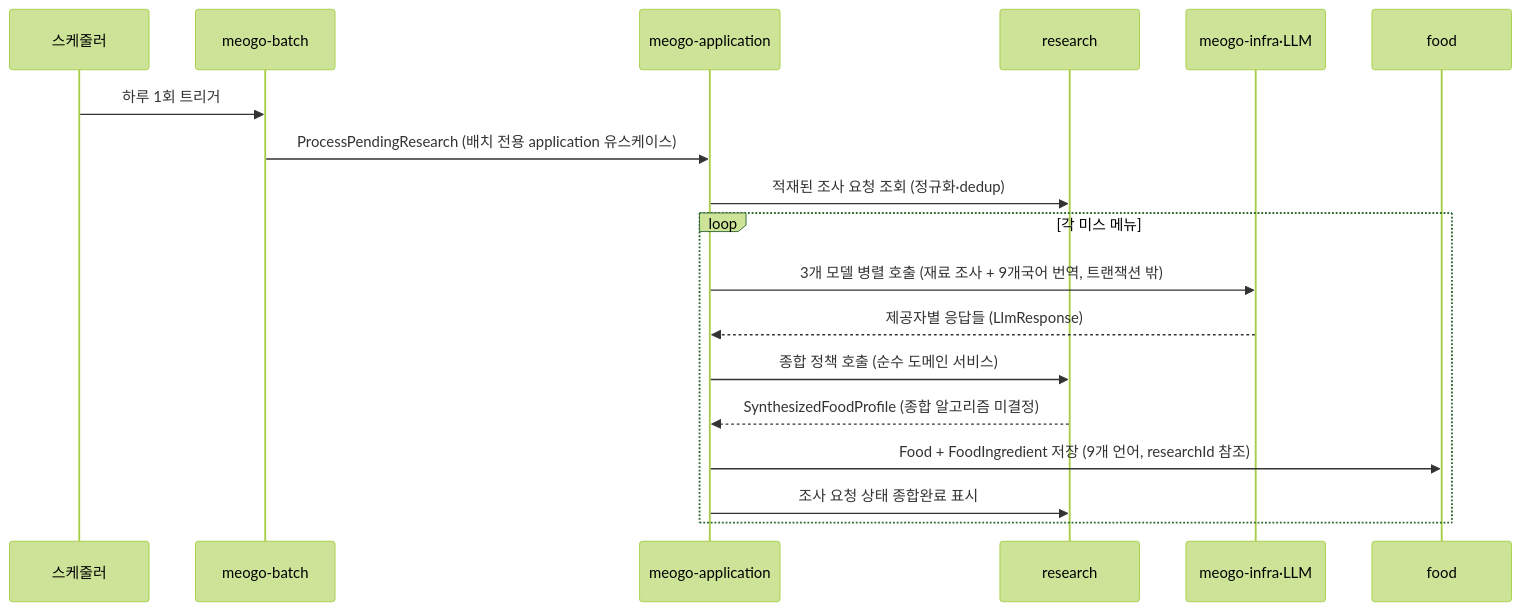
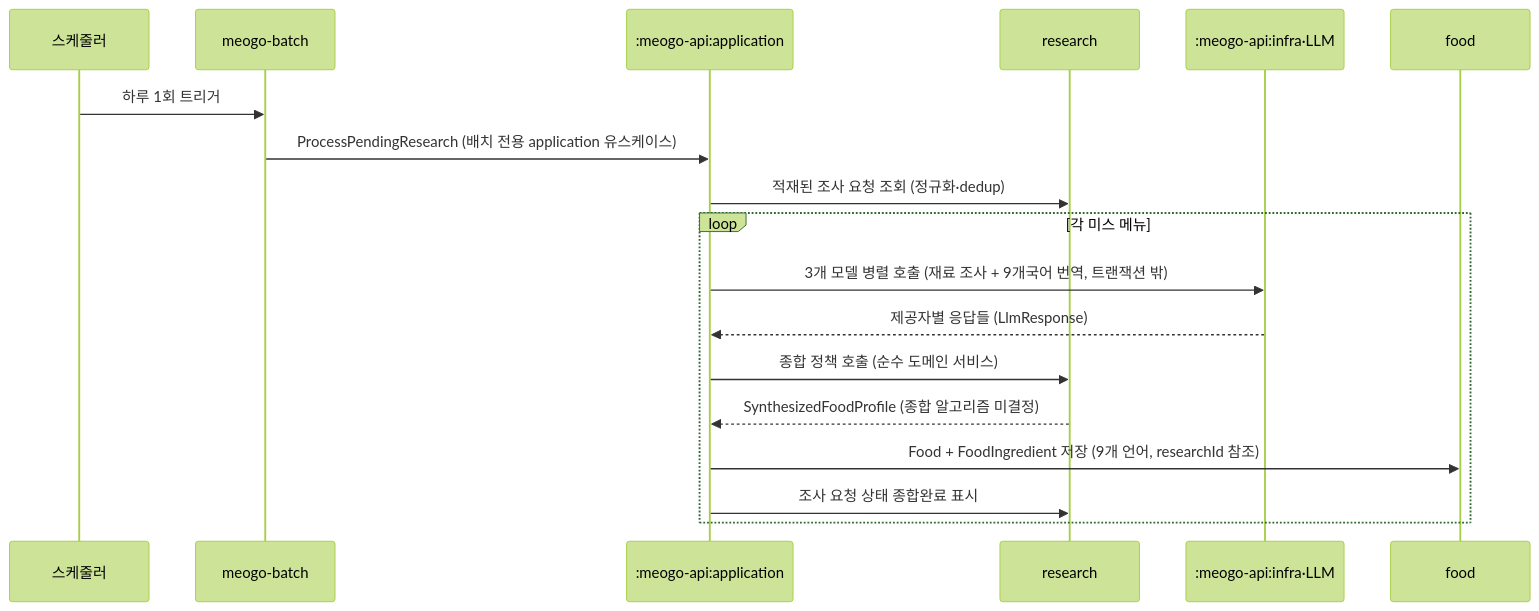
Before and after one commit to team-skyjs/kbap-server: the seventh of 7 diagrams in docs/architecture/use-case-flows.md, drawn with Mermaid (forest theme). The commit also changed other lines of this file and 12 other files, not shown here.

````diff
--- a/docs/architecture/use-case-flows.md
+++ b/docs/architecture/use-case-flows.md
@@ -281,22 +281,22 @@
 ```mermaid
 sequenceDiagram
     participant Sched as 스케줄러
     participant Batch as meogo-batch
-    participant App as meogo-application
+    participant App as :meogo-api:application
     participant Research as research
-    participant LLM as meogo-infra·LLM
+    participant LLM as :meogo-api:infra·LLM
     participant Food as food
 
     Sched->>Batch: 하루 1회 트리거
     Batch->>App: ProcessPendingResearch (배치 전용 application 유스케이스)
     App->>Research: 적재된 조사 요청 조회 (정규화·dedup)
 
     loop 각 미스 메뉴
         App->>LLM: 3개 모델 병렬 호출 (재료 조사 + 9개국어 번역, 트랜잭션 밖)
         LLM-->>App: 제공자별 응답들 (LlmResponse)
         App->>Research: 종합 정책 호출 (순수 도메인 서비스)
         Research-->>App: SynthesizedFoodProfile (종합 알고리즘 미결정)
         App->>Food: Food + FoodIngredient 저장 (9개 언어, researchId 참조)
         App->>Research: 조사 요청 상태 종합완료 표시
     end
 ```
````
